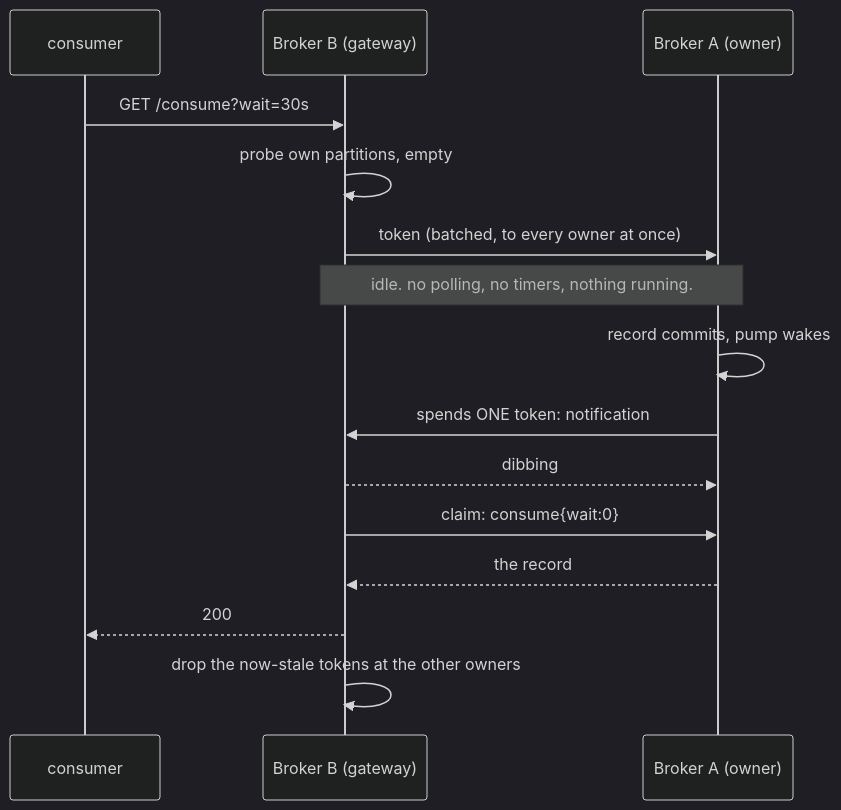
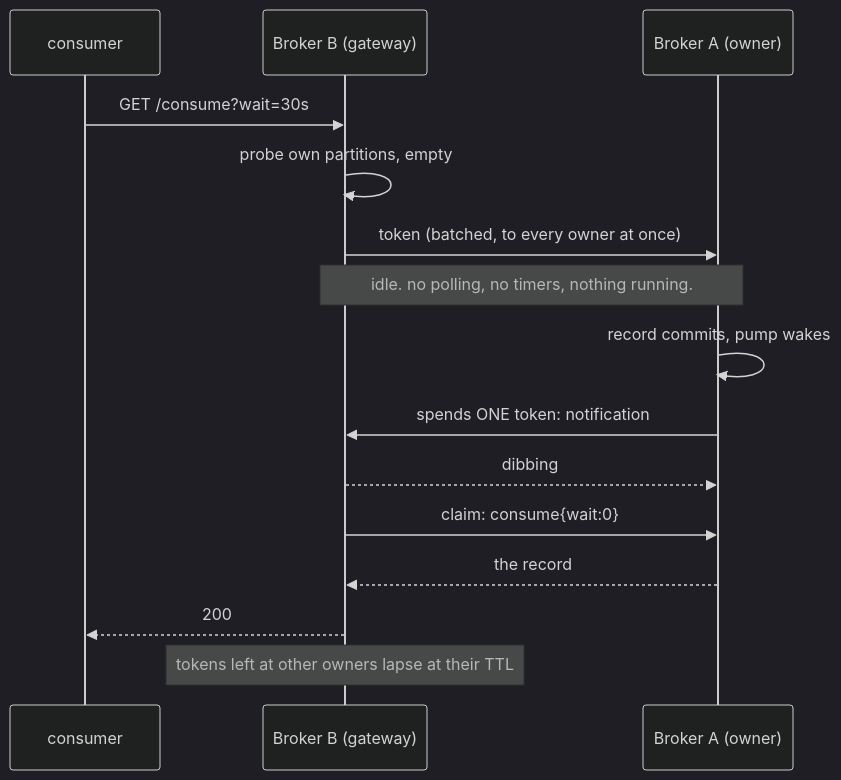
The third of 4 diagrams in docs/internals/consume-path.md (DebanganThakuria/narad), drawn with Mermaid (dark theme) before and after one commit. The commit also changed other lines of this file and 493 other files, not shown here.

````diff
--- a/docs/internals/consume-path.md
+++ b/docs/internals/consume-path.md
@@ -59,17 +59,17 @@
 ```mermaid
 sequenceDiagram
     participant c as consumer
     participant B as Broker B (gateway)
     participant A as Broker A (owner)
     c->>B: GET /consume?wait=30s
     B->>B: probe own partitions, empty
     B->>A: token (batched, to every owner at once)
     Note over B,A: idle. no polling, no timers, nothing running.
     A->>A: record commits, pump wakes
     A->>B: spends ONE token: notification
     B-->>A: dibbing
     B->>A: claim: consume{wait:0}
     A-->>B: the record
     B-->>c: 200
-    B->>B: drop the now-stale tokens at the other owners
+    Note over B: tokens left at other owners lapse at their TTL
 ```
````
